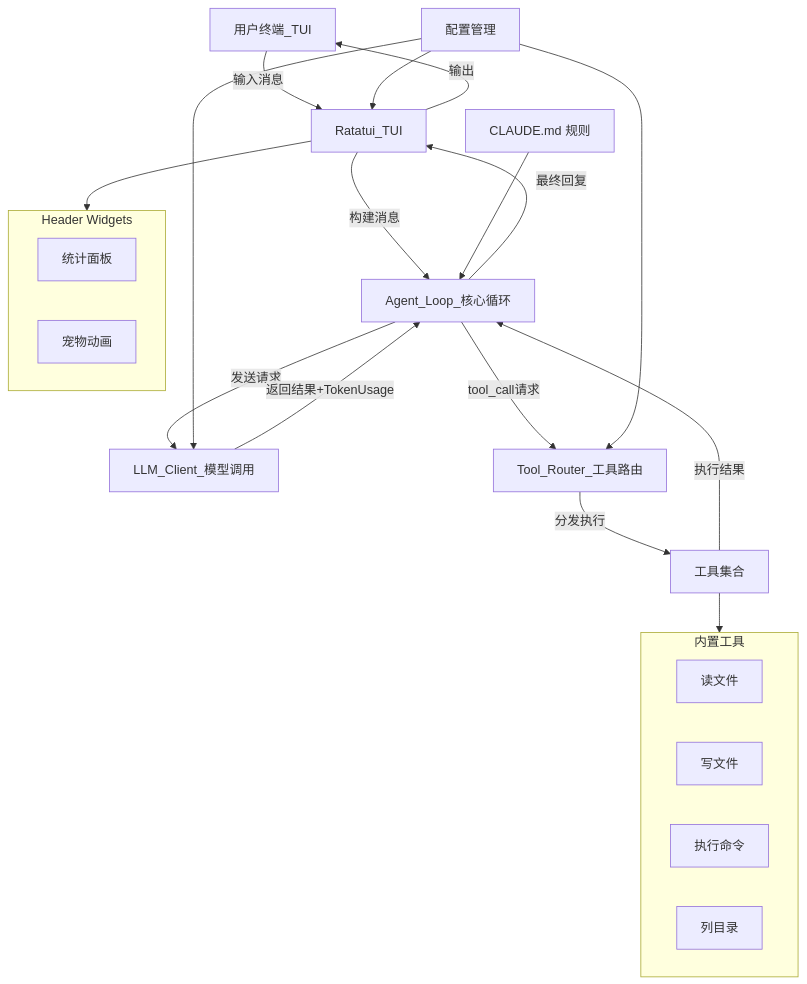
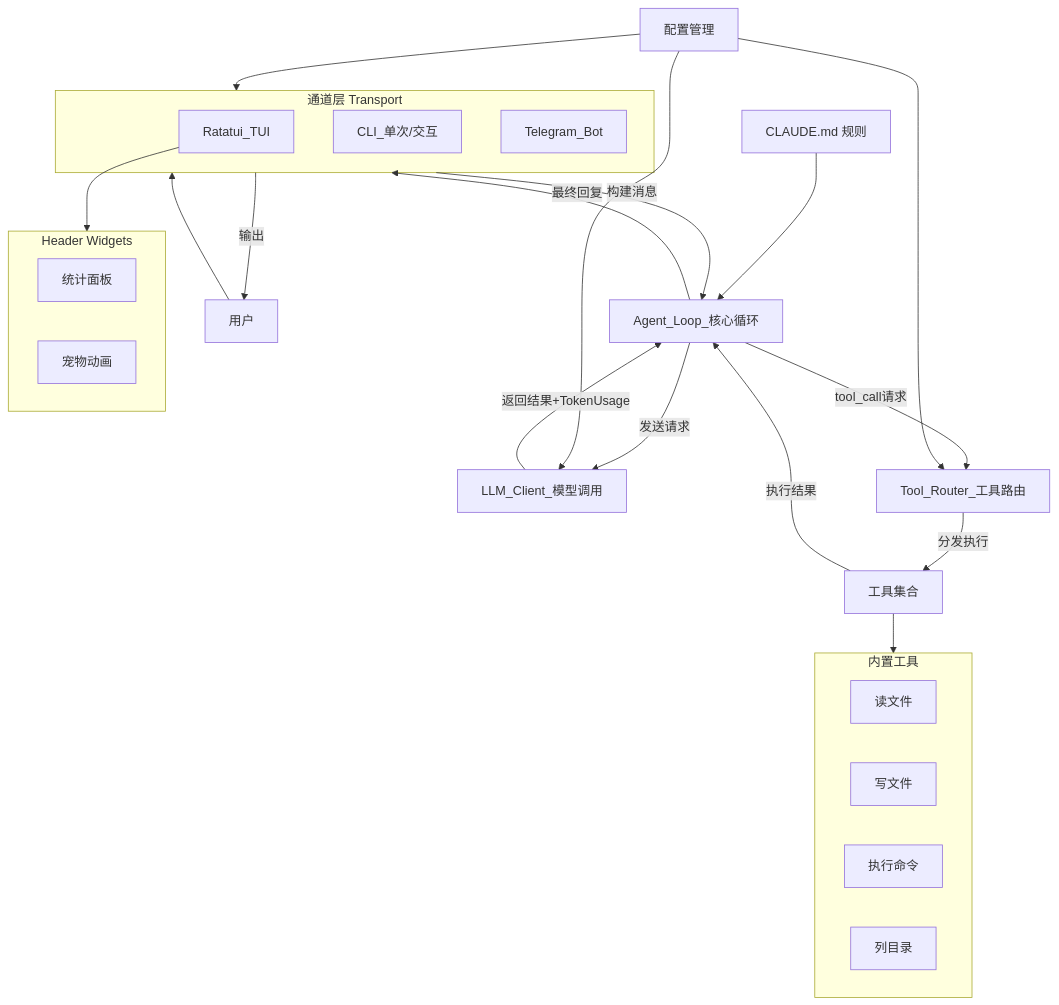
The diagram in docs/ARCHITECTURE.md (Eonh1u/miniclaw), drawn with Mermaid before and after one commit. The commit also changed other lines of this file and 10 other files, not shown here.

First line of the commit message:
Add multi-channel routing: CLI, Telegram with daemon mode and /model command

````diff
--- a/docs/ARCHITECTURE.md
+++ b/docs/ARCHITECTURE.md
@@ -22,31 +22,36 @@
 ```mermaid
 flowchart TB
-    User[用户终端_TUI] -->|输入消息| TUI[Ratatui_TUI]
-    TUI -->|构建消息| AgentLoop[Agent_Loop_核心循环]
+    subgraph channels [通道层 Transport]
+        TUI[Ratatui_TUI]
+        CLI[CLI_单次/交互]
+        TG[Telegram_Bot]
+    end
+    User[用户] --> channels
+    channels -->|构建消息| AgentLoop[Agent_Loop_核心循环]
     AgentLoop -->|发送请求| LLMClient[LLM_Client_模型调用]
     LLMClient -->|返回结果+TokenUsage| AgentLoop
     AgentLoop -->|tool_call请求| ToolRouter[Tool_Router_工具路由]
     ToolRouter -->|分发执行| Tools[工具集合]
     Tools -->|执行结果| AgentLoop
-    AgentLoop -->|最终回复| TUI
-    TUI -->|输出| User
+    AgentLoop -->|最终回复| channels
+    channels -->|输出| User
 
     subgraph toolset [内置工具]
         ReadFile[读文件]
         WriteFile[写文件]
         ExecCmd[执行命令]
         ListDir[列目录]
     end
 
     subgraph widgets [Header Widgets]
         StatsWidget[统计面板]
         PetWidget[宠物动画]
     end
 
     Tools --> toolset
     TUI --> widgets
-    Config[配置管理] --> LLMClient
+    Config[配置管理] --> channels
+    Config --> LLMClient
     Config --> ToolRouter
-    Config --> TUI
     Rules[CLAUDE.md 规则] --> AgentLoop
 ```
````
